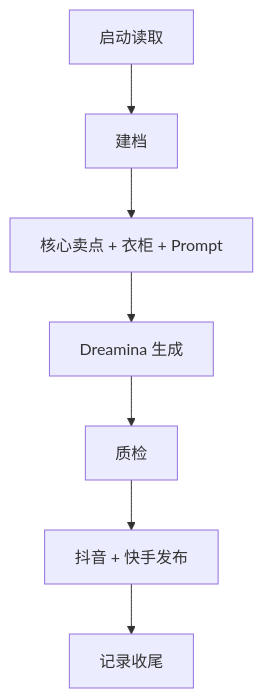
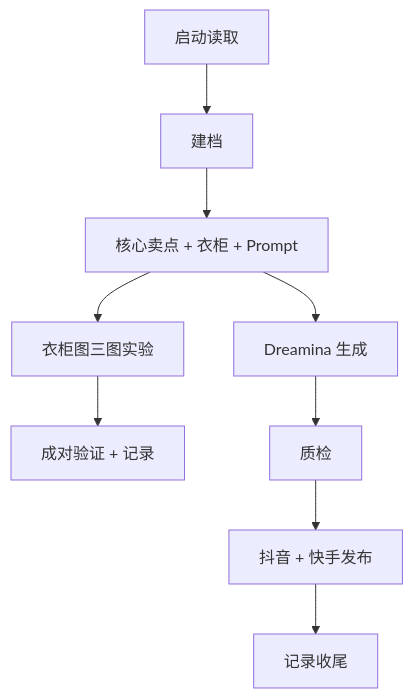
One commit to xsddpx/dy changed the diagram in README.md. Above: the diagram before and after it, drawn with Mermaid. The commit also changed 11 other files, not shown here.

````diff
--- a/README.md
+++ b/README.md
@@ -6,9 +6,11 @@
 ```mermaid
 flowchart TD
   A["启动读取"] --> B["建档"]
   B --> C["核心卖点 + 衣柜 + Prompt"]
   C --> D["Dreamina 生成"]
+  C --> H["衣柜图三图实验"]
+  H --> I["成对验证 + 记录"]
   D --> E["质检"]
   E --> F["抖音 + 快手发布"]
   F --> G["记录收尾"]
 ```
````
